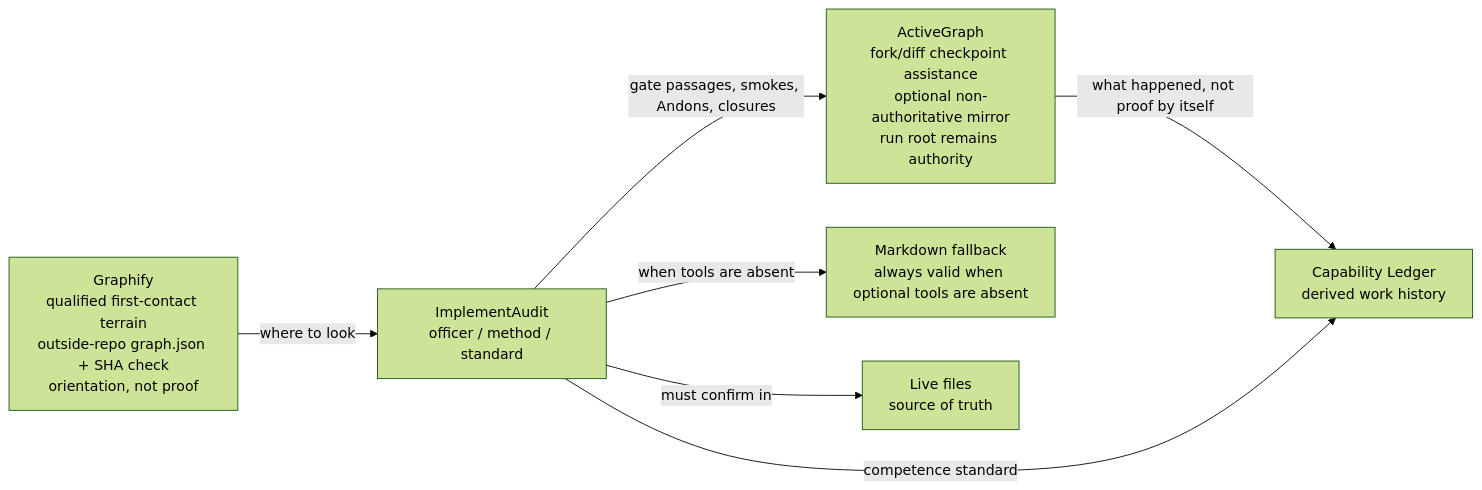
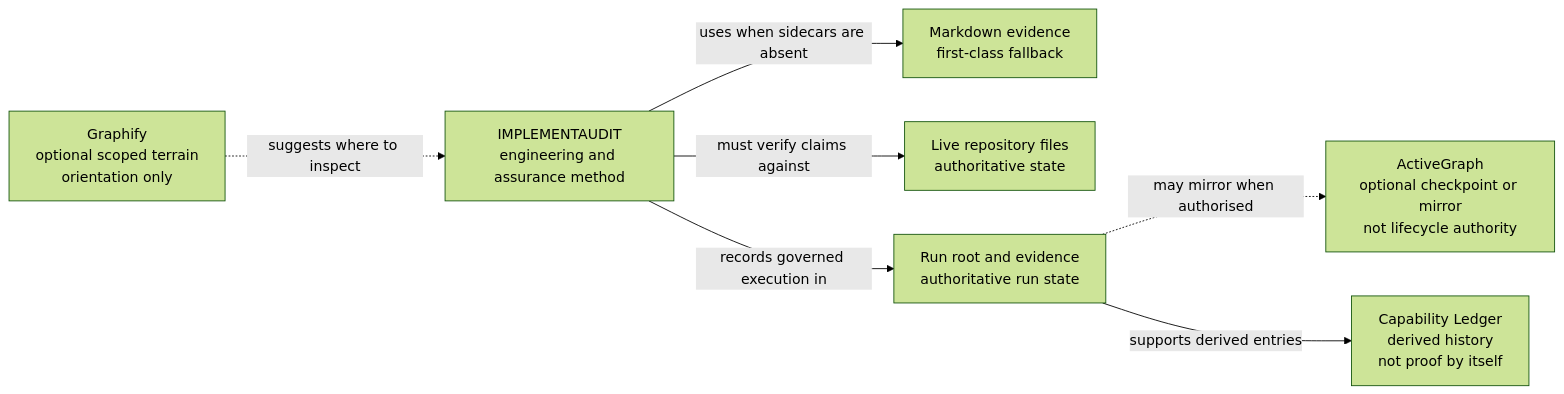
The first of 3 diagrams in README.md (theislampill/IMPLEMENTAUDIT.md), drawn with Mermaid (forest theme) before and after one commit. The commit also changed other lines of this file and 29 other files, not shown here.

First line of the commit message:
fix(r29): align public information architecture

````diff
--- a/README.md
+++ b/README.md
@@ -293,16 +269,17 @@
 ```mermaid
 flowchart LR
-  I["ImplementAudit<br/>officer / method / standard"]
-  G["Graphify<br/>qualified first-contact terrain<br/>outside-repo graph.json + SHA check<br/>orientation, not proof"]
-  A["ActiveGraph<br/>fork/diff checkpoint assistance<br/>optional non-authoritative mirror<br/>run root remains authority"]
-  C["Capability Ledger<br/>derived work history"]
-  M["Markdown fallback<br/>always valid when optional tools are absent"]
-  L["Live files<br/>source of truth"]
+  I["IMPLEMENTAUDIT<br/>engineering and assurance method"]
+  G["Graphify<br/>optional scoped terrain<br/>orientation only"]
+  A["ActiveGraph<br/>optional checkpoint or mirror<br/>not lifecycle authority"]
+  C["Capability Ledger<br/>derived history<br/>not proof by itself"]
+  M["Markdown evidence<br/>first-class fallback"]
+  L["Live repository files<br/>authoritative state"]
+  R["Run root and evidence<br/>authoritative run state"]
 
-  G -->|where to look| I
-  I -->|must confirm in| L
-  I -->|gate passages, smokes, Andons, closures| A
-  A -->|what happened, not proof by itself| C
-  I -->|competence standard| C
-  I -->|when tools are absent| M
+  G -.->|suggests where to inspect| I
+  I -->|must verify claims against| L
+  I -->|records governed execution in| R
+  R -.->|may mirror when authorised| A
+  R -->|supports derived entries| C
+  I -->|uses when sidecars are absent| M
 ```
````
